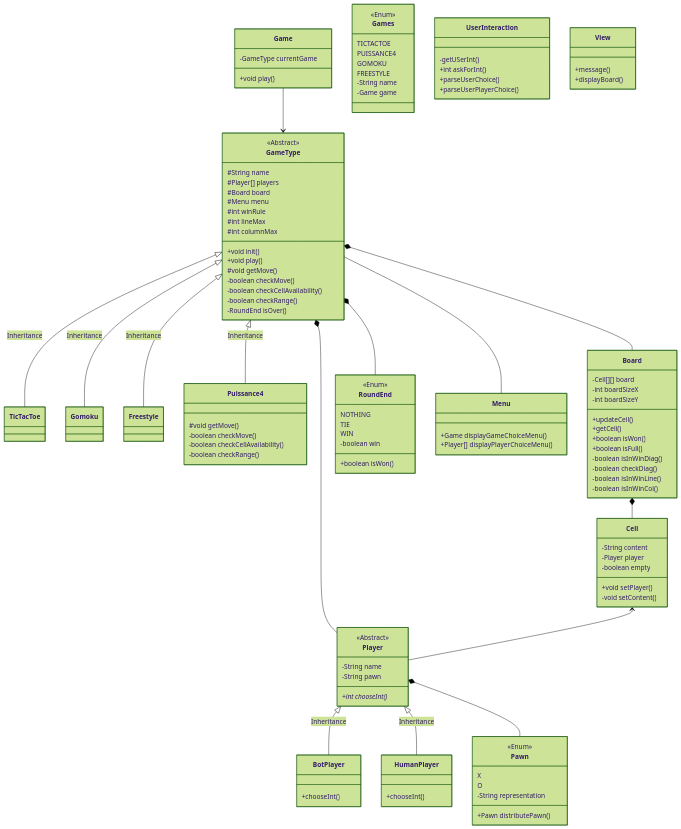
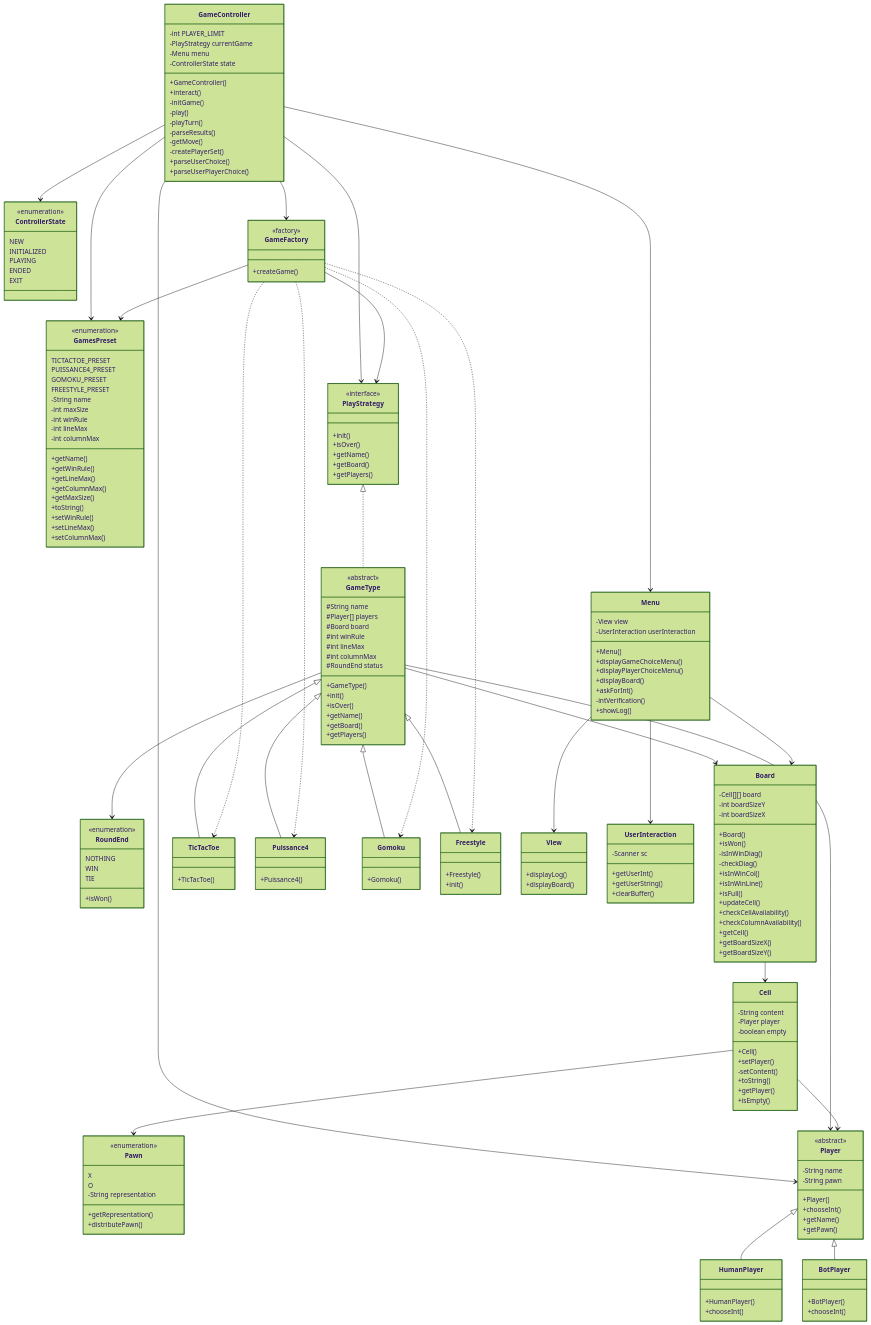
The diagram in README.md (polmontou/TicTacShell), drawn with Mermaid (forest theme) before and after one commit. The commit also changed other lines of this file and 19 other files, not shown here.

````diff
--- a/README.md
+++ b/README.md
@@ -2,140 +3,235 @@
 ```mermaid
 classDiagram
+%% Enumerations
+    class ControllerState {
+        <<enumeration>>
+        NEW
+        INITIALIZED
+        PLAYING
+        ENDED
+        EXIT
+    }
+
+    class RoundEnd {
+        <<enumeration>>
+        NOTHING
+        WIN
+        TIE
+        +isWon()
+    }
+
+    class Pawn {
+        <<enumeration>>
+        X
+        O
+        -String representation
+        +getRepresentation()
+        +distributePawn()
+    }
+
+    class GamesPreset {
+        <<enumeration>>
+        TICTACTOE_PRESET
+        PUISSANCE4_PRESET
+        GOMOKU_PRESET
+        FREESTYLE_PRESET
+        -String name
+        -int maxSize
+        -int winRule
+        -int lineMax
+        -int columnMax
+        +getName()
+        +getWinRule()
+        +getLineMax()
+        +getColumnMax()
+        +getMaxSize()
+        +toString()
+        +setWinRule()
+        +setLineMax()
+        +setColumnMax()
+    }
+
+%% Interface
+    class PlayStrategy {
+        <<interface>>
+        +init()
+        +isOver()
+        +getName()
+        +getBoard()
+        +getPlayers()
+    }
+
+%% Controller
+    class GameController {
+        -int PLAYER_LIMIT
+        -PlayStrategy currentGame
+        -Menu menu
+        -ControllerState state
+        +GameController()
+        +interact()
+        -initGame()
+        -play()
+        -playTurn()
+        -parseResults()
+        -getMove()
+        -createPlayerSet()
+        +parseUserChoice()
+        +parseUserPlayerChoice()
+    }
+
+%% Model - Board
+    class Board {
+        -Cell[][] board
+        -int boardSizeY
+        -int boardSizeX
+        +Board()
+        +isWon()
+        -isInWinDiag()
+        -checkDiag()
+        +isInWinCol()
+        +isInWinLine()
+        +isFull()
+        +updateCell()
+        +checkCellAvailability()
+        +checkColumnAvailability()
+        +getCell()
+        +getBoardSizeX()
+        +getBoardSizeY()
+    }
+
     class Cell {
         -String content
         -Player player
         -boolean empty
-
-        +void setPlayer()
-        -void setContent()
+        +Cell()
+        +setPlayer()
+        -setContent()
+        +toString()
+        +getPlayer()
+        +isEmpty()
     }
 
-    class Player {
-        <<Abstract>>
-        -String name
-        -String pawn
-
-        +int chooseInt()*
-    }
-    class HumanPlayer{
-        +chooseInt()
-    }
-    class BotPlayer{
-        +chooseInt()
-    }
-    class Game {
-        -GameType currentGame
-        +void play()
-    }
-    class GameType  {
-        <<Abstract>>
+%% Model - Games
+    class GameType {
+        <<abstract>>
         #String name
         #Player[] players
         #Board board
-        #Menu menu
         #int winRule
         #int lineMax
         #int columnMax
-
-        +void init()
-        +void play()
-        #void getMove()
-        -boolean checkMove()
-        -boolean checkCellAvailability()
-        -boolean checkRange()
-        -RoundEnd isOver()
-    }
-    class TicTacToe {
-    }
-    class Gomoku{
-    }
-    class Freestyle{
-    }
-    class Puissance4{
-        #void getMove()
-        -boolean checkMove()
-        -boolean checkCellAvailability()
-        -boolean checkRange()
+        #RoundEnd status
+        +GameType()
+        +init()
+        +isOver()
+        +getName()
+        +getBoard()
+        +getPlayers()
     }
 
-    class Board {
-        -Cell[][] board
-        -int boardSizeX
-        -int boardSizeY
-
-        +updateCell()
-        +getCell()
-        +boolean isWon()
-        +boolean isFull()
-        -boolean isInWinDiag()
-        -boolean checkDiag()
-        -boolean isInWinLine()
-        -boolean isInWinCol()
+    class TicTacToe {
+        +TicTacToe()
     }
 
-    class Pawn {
-        <<Enum>>
-        X
-        O
-        -String representation
-
-        +Pawn distributePawn()
+    class Puissance4 {
+        +Puissance4()
     }
 
-    class RoundEnd{
-        <<Enum>>
-        NOTHING
-        TIE
-        WIN
-        -boolean win
-
-        +boolean isWon()
+    class Gomoku {
+        +Gomoku()
     }
 
-    class Games{
-        <<Enum>>
-        TICTACTOE
-        PUISSANCE4
-        GOMOKU
-        FREESTYLE
-        -String name
-        -Game game
+    class Freestyle {
+        +Freestyle()
+        +init()
     }
 
-    class Menu{
-        +Game displayGameChoiceMenu()
-        +Player[] displayPlayerChoiceMenu()
+    class GameFactory {
+        <<factory>>
+        +createGame()
+    }
+
+%% Model - Players
+    class Player {
+        <<abstract>>
+        -String name
+        -String pawn
+        +Player()
+        +chooseInt()
+        +getName()
+        +getPawn()
+    }
+
+    class HumanPlayer {
+        +HumanPlayer()
+        +chooseInt()
+    }
+
+    class BotPlayer {
+        +BotPlayer()
+        +chooseInt()
+    }
+
+%% View
+    class Menu {
+        -View view
+        -UserInteraction userInteraction
+        +Menu()
+        +displayGameChoiceMenu()
+        +displayPlayerChoiceMenu()
+        +displayBoard()
+        +askForInt()
+        -intVerification()
+        +showLog()
+    }
+
+    class View {
+        +displayLog()
+        +displayBoard()
     }
 
     class UserInteraction {
-        -getUSerInt()
-        +int askForInt()
-        +parseUserChoice()
-        +parseUserPlayerChoice()
+        -Scanner sc
+        +getUserInt()
+        +getUserString()
+        +clearBuffer()
     }
 
-    class View{
-        +message()
-        +displayBoard()
-    }
+%% Relationships
+    GameController --> ControllerState
+    GameController --> PlayStrategy
+    GameController --> Menu
+    GameController --> Player
+    GameController --> GamesPreset
+    GameController --> GameFactory
 
-    GameType <|-- TicTacToe : Inheritance
-    GameType <|-- Gomoku : Inheritance
-    GameType <|-- Freestyle : Inheritance
-    GameType <|-- Puissance4 : Inheritance
-    GameType*--Player
-    GameType*--Board
-    GameType--Menu
-    GameType*--RoundEnd
+    PlayStrategy <|.. GameType
+    GameType <|-- TicTacToe
+    GameType <|-- Puissance4
+    GameType <|-- Gomoku
+    GameType <|-- Freestyle
 
-    Board*--Cell
+    GameType --> Board
+    GameType --> Player
+    GameType --> RoundEnd
 
-    Player<|--BotPlayer : Inheritance
-    Player<|--HumanPlayer : Inheritance
-    Player*--Pawn
-    Game --> GameType
+    Board --> Cell
+    Cell --> Player
 
-    Cell <-- Player
+    Player <|-- HumanPlayer
+    Player <|-- BotPlayer
 
+    GameFactory --> PlayStrategy
+    GameFactory --> GamesPreset
+    GameFactory ..> TicTacToe
+    GameFactory ..> Puissance4
+    GameFactory ..> Gomoku
+    GameFactory ..> Freestyle
+
+    Menu --> View
+    Menu --> UserInteraction
+    Menu --> Board
+
+    Cell --> Pawn
 
 ``` 
````
